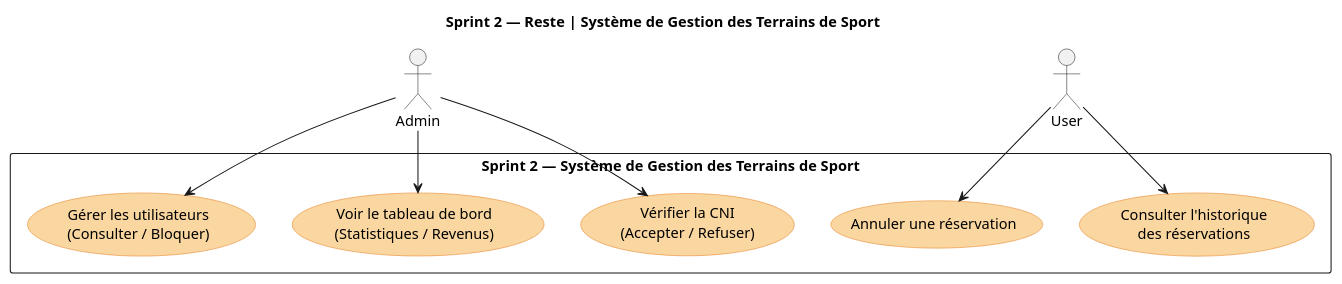
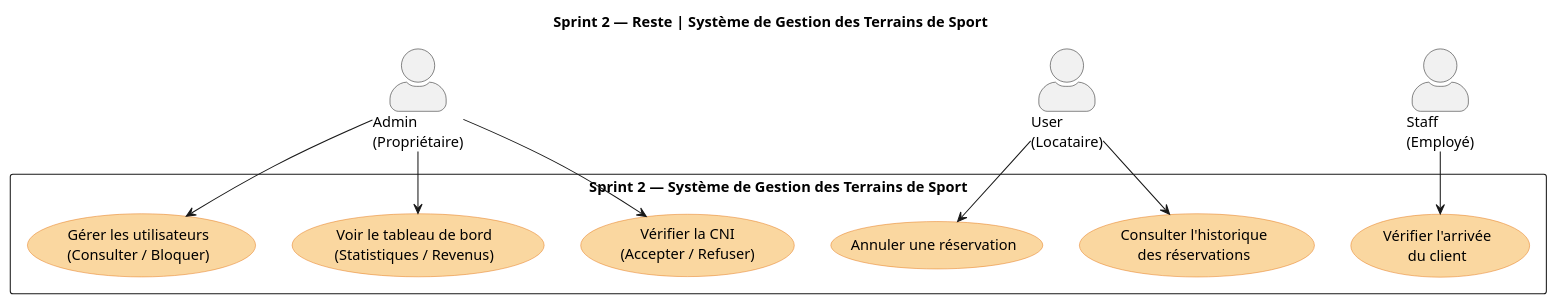
Before and after one commit to Adnane-x87/Project-Final: the diagram in Analyse/cas_utilisation/cas_utilisation_sprints/Sprint2.puml, drawn with PlantUML. The commit also changed 7 other files, not shown here.

```diff
--- a/Analyse/cas_utilisation/cas_utilisation_sprints/Sprint2.puml
+++ b/Analyse/cas_utilisation/cas_utilisation_sprints/Sprint2.puml
@@ -1,27 +1,32 @@
 @startuml
 title Sprint 2 — Reste | Système de Gestion des Terrains de Sport
 
 skinparam packageStyle rectangle
+skinparam actorStyle awesome
 skinparam usecase {
     BackgroundColor #FAD7A0
     BorderColor #E67E22
 }
 
-actor "Admin" as Admin
-actor "User" as User
+actor "Admin\n(Propriétaire)" as Admin
+actor "User\n(Locataire)" as User
+actor "Staff\n(Employé)" as Staff
 
 rectangle "Sprint 2 — Système de Gestion des Terrains de Sport" {
     usecase "Vérifier la CNI\n(Accepter / Refuser)" as UC1
     usecase "Voir le tableau de bord\n(Statistiques / Revenus)" as UC2
     usecase "Gérer les utilisateurs\n(Consulter / Bloquer)" as UC3
     usecase "Annuler une réservation" as UC4
     usecase "Consulter l'historique\ndes réservations" as UC5
+    usecase "Vérifier l'arrivée\ndu client" as UC6
 }
 
 Admin --> UC1
 Admin --> UC2
 Admin --> UC3
 
 User --> UC4
 User --> UC5
+
+Staff --> UC6
 @enduml
```
